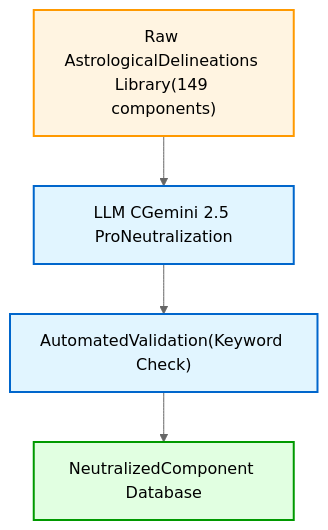
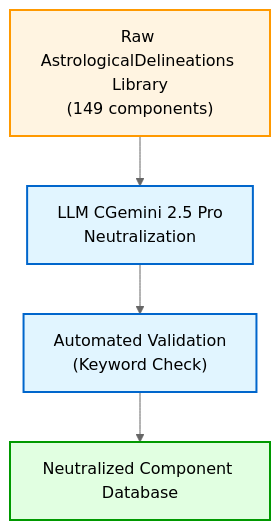
One commit to peterjmarko/llm-narrative-framework changed the diagram in docs/diagrams/logic_prep_neutralization_simple.mmd. Above: the diagram before and after it, drawn with Mermaid (neutral theme). The commit also changed 20 other files, not shown here.

```diff
--- a/docs/diagrams/logic_prep_neutralization_simple.mmd
+++ b/docs/diagrams/logic_prep_neutralization_simple.mmd
@@ -1,17 +1,17 @@
 graph TB
-    INPUT["Raw AstrologicalDelineations Library(149 components)"]
-    LLM["LLM CGemini 2.5 ProNeutralization"]
-    VALIDATE["AutomatedValidation(Keyword Check)"]
-    OUTPUT["NeutralizedComponent Database"]
+    INPUT["Raw AstrologicalDelineations Library<br>(149 components)"]
+    LLM["LLM CGemini 2.5 Pro<br>Neutralization"]
+    VALIDATE["Automated Validation<br>(Keyword Check)"]
+    OUTPUT["Neutralized Component Database"]
     
     INPUT --> LLM
     LLM --> VALIDATE
     VALIDATE --> OUTPUT
     
     classDef inputNode fill:#fff4e1,stroke:#ff9900,stroke-width:2px
     classDef processNode fill:#e1f5ff,stroke:#0066cc,stroke-width:2px
     classDef outputNode fill:#e1ffe1,stroke:#009900,stroke-width:2px
     
     class INPUT inputNode
     class LLM,VALIDATE processNode
     class OUTPUT outputNode
```
